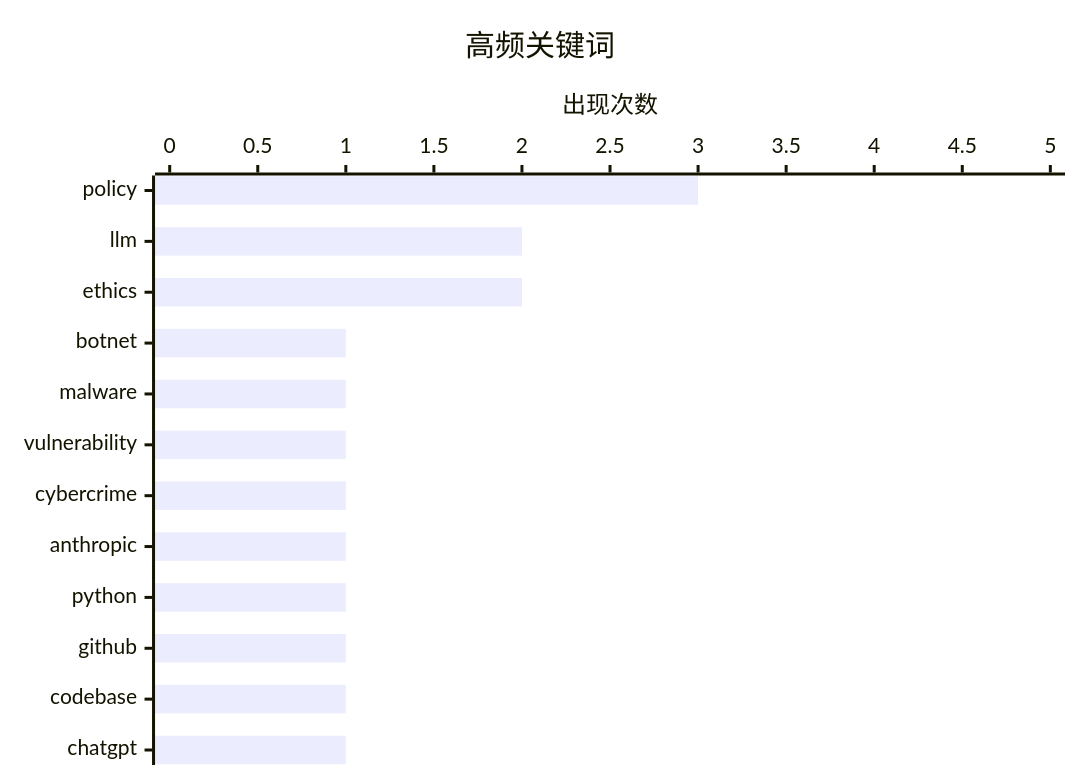
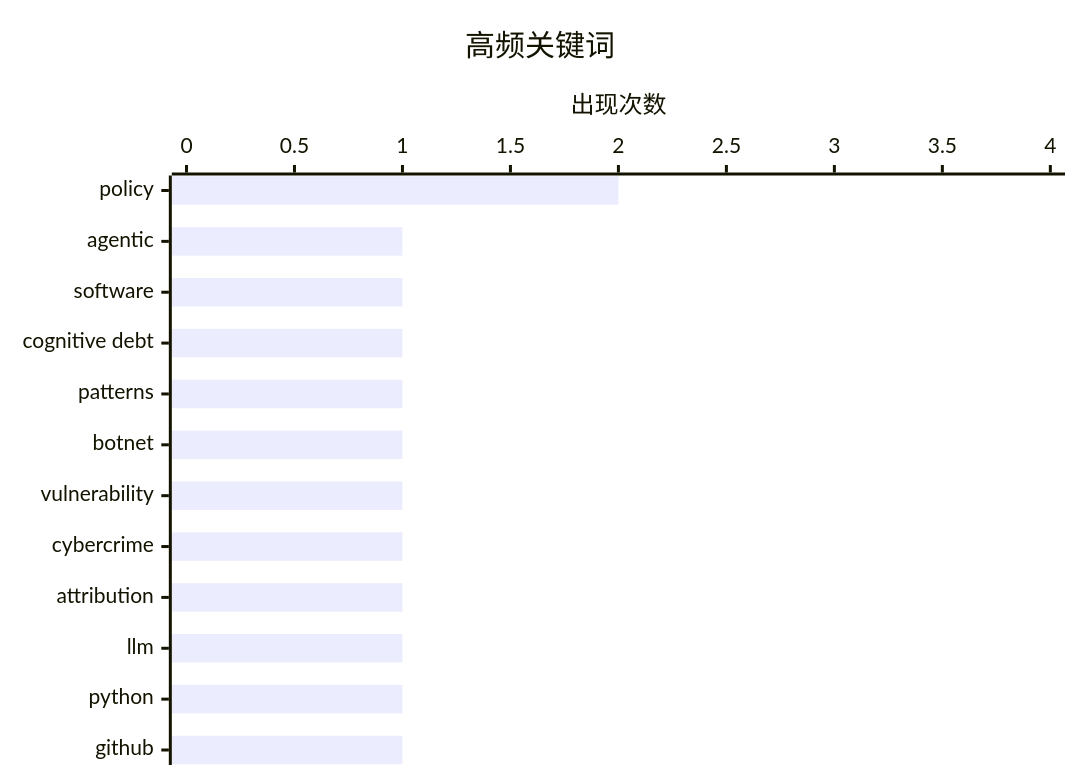
The second of 2 diagrams in content/ai-daily/2026-03-01.md (originem0/SZBlog), drawn with Mermaid before and after one commit. The commit also changed other lines of this file, not shown here.

````diff
--- a/content/ai-daily/2026-03-01.md
+++ b/content/ai-daily/2026-03-01.md
@@ -71,7 +71,7 @@
 ```mermaid
 xychart-beta horizontal
     title "高频关键词"
-    x-axis ["policy", "llm", "ethics", "botnet", "malware", "vulnerability", "cybercrime", "anthropic", "python", "github", "codebase", "chatgpt"]
-    y-axis "出现次数" 0 --> 5
-    bar [3, 2, 2, 1, 1, 1, 1, 1, 1, 1, 1, 1]
+    x-axis ["policy", "agentic", "software", "cognitive debt", "patterns", "botnet", "vulnerability", "cybercrime", "attribution", "llm", "python", "github"]
+    y-axis "出现次数" 0 --> 4
+    bar [2, 1, 1, 1, 1, 1, 1, 1, 1, 1, 1, 1]
 ```
````
